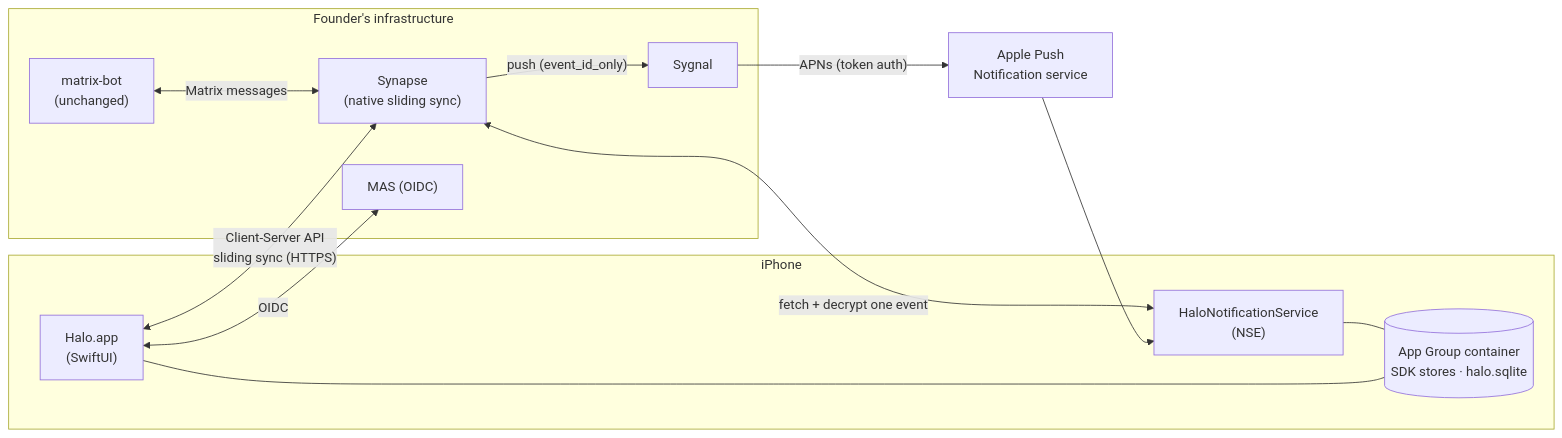
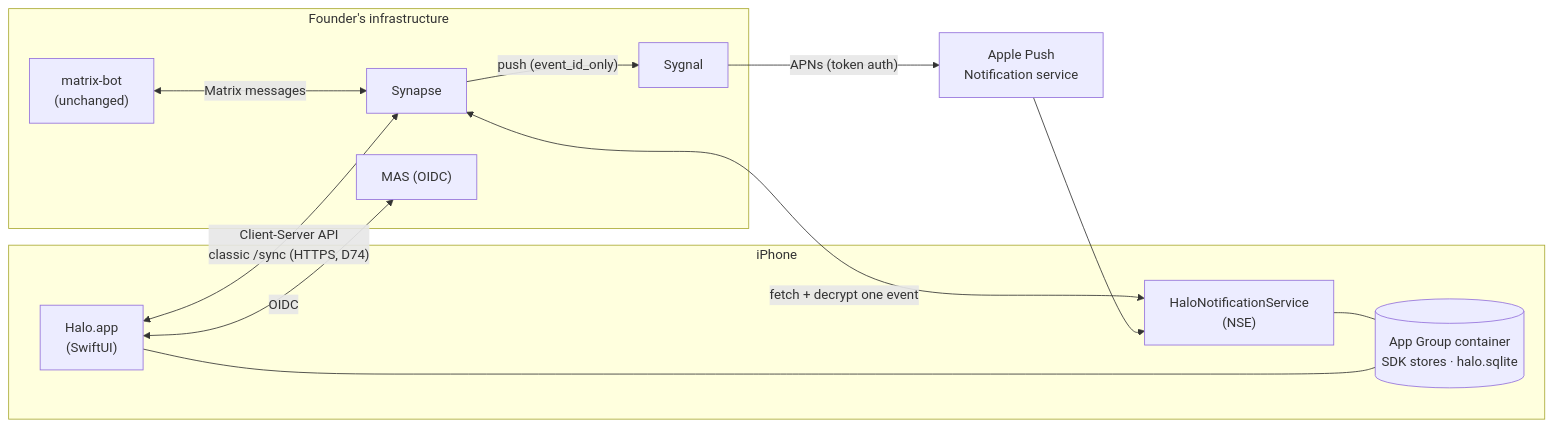
One commit to evan1ee/halo changed the first of 2 diagrams in docs/architecture/OVERVIEW.md. Above: the diagram before and after it, drawn with Mermaid. The commit also changed 43 other files, not shown here.

First line of the commit message:
docs(roadmap): re-plan M17–M22 to a production release (D121)

````diff
--- a/docs/architecture/OVERVIEW.md
+++ b/docs/architecture/OVERVIEW.md
@@ -5,22 +5,22 @@
 ```mermaid
 flowchart LR
   subgraph Phone["iPhone"]
     App["Halo.app<br/>(SwiftUI)"]
     NSE["HaloNotificationService<br/>(NSE)"]
     Group[("App Group container<br/>SDK stores · halo.sqlite")]
     App --- Group
     NSE --- Group
   end
   subgraph Server["Founder's infrastructure"]
-    Synapse["Synapse<br/>(native sliding sync)"]
+    Synapse["Synapse"]
     MAS["MAS (OIDC)"]
     Sygnal["Sygnal"]
     Bot["matrix-bot<br/>(unchanged)"]
   end
   APNs["Apple Push<br/>Notification service"]
-  App <-- "Client-Server API<br/>sliding sync (HTTPS)" --> Synapse
+  App <-- "Client-Server API<br/>classic /sync (HTTPS, D74)" --> Synapse
   NSE <-- "fetch + decrypt one event" --> Synapse
   App <-- OIDC --> MAS
   Synapse -- "push (event_id_only)" --> Sygnal -- "APNs (token auth)" --> APNs --> NSE
   Bot <-- "Matrix messages" --> Synapse
 ```
````
